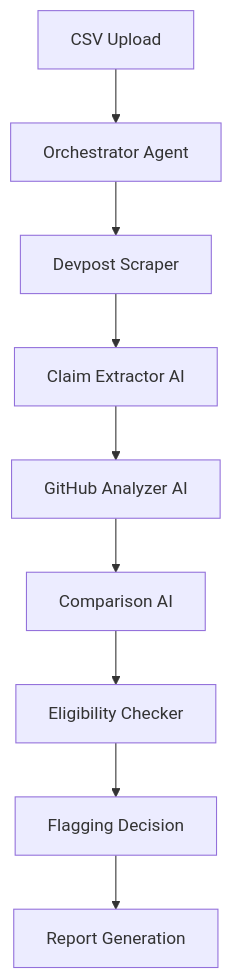
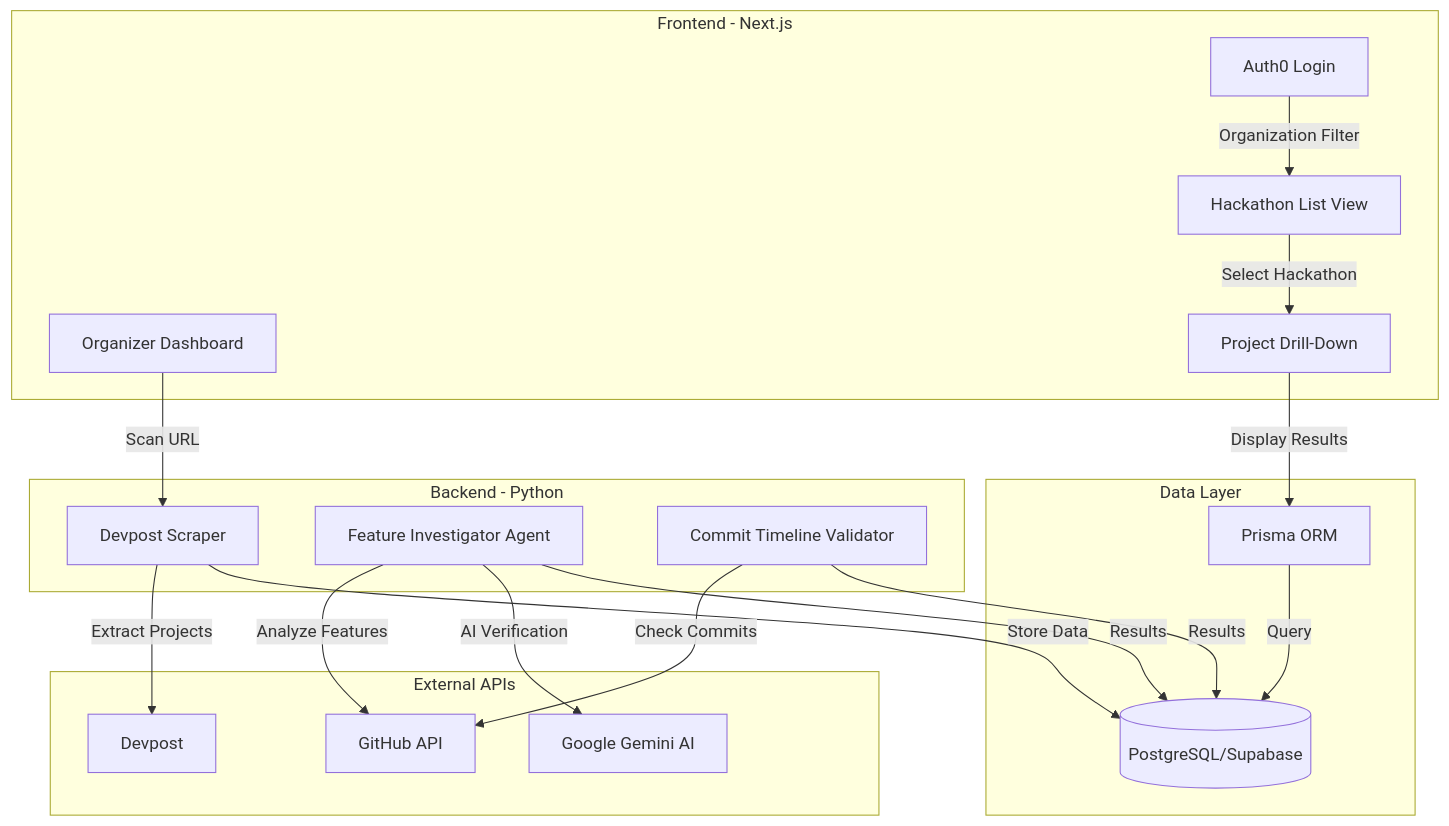
Before and after one commit to krishbhagirath/HackID: the diagram in README.md, drawn with Mermaid. The commit also changed other lines of this file and 10 other files, not shown here.

````diff
--- a/README.md
+++ b/README.md
@@ -17,11 +22,39 @@
 ```mermaid
-graph TD
-    A[CSV Upload] --> B[Orchestrator Agent]
-    B --> C[Devpost Scraper]
-    C --> D[Claim Extractor AI]
-    D --> E[GitHub Analyzer AI]
-    E --> F[Comparison AI]
-    F --> G[Eligibility Checker]
-    G --> H[Flagging Decision]
-    H --> I[Report Generation]
+graph TB
+    subgraph "Frontend - Next.js"
+        A[Organizer Dashboard]
+        B[Auth0 Login]
+        C[Hackathon List View]
+        D[Project Drill-Down]
+    end
+    
+    subgraph "Backend - Python"
+        E[Devpost Scraper]
+        F[Feature Investigator Agent]
+        G[Commit Timeline Validator]
+    end
+    
+    subgraph "Data Layer"
+        H[(PostgreSQL/Supabase)]
+        I[Prisma ORM]
+    end
+    
+    subgraph "External APIs"
+        J[Devpost]
+        K[GitHub API]
+        L[Google Gemini AI]
+    end
+    
+    B -->|Organization Filter| C
+    C -->|Select Hackathon| D
+    A -->|Scan URL| E
+    E -->|Extract Projects| J
+    E -->|Store Data| H
+    F -->|Analyze Features| K
+    F -->|AI Verification| L
+    G -->|Check Commits| K
+    F -->|Results| H
+    G -->|Results| H
+    I -->|Query| H
+    D -->|Display Results| I
 ```
````
